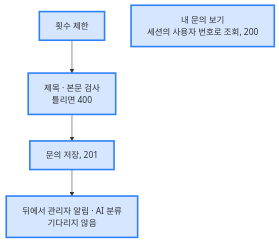
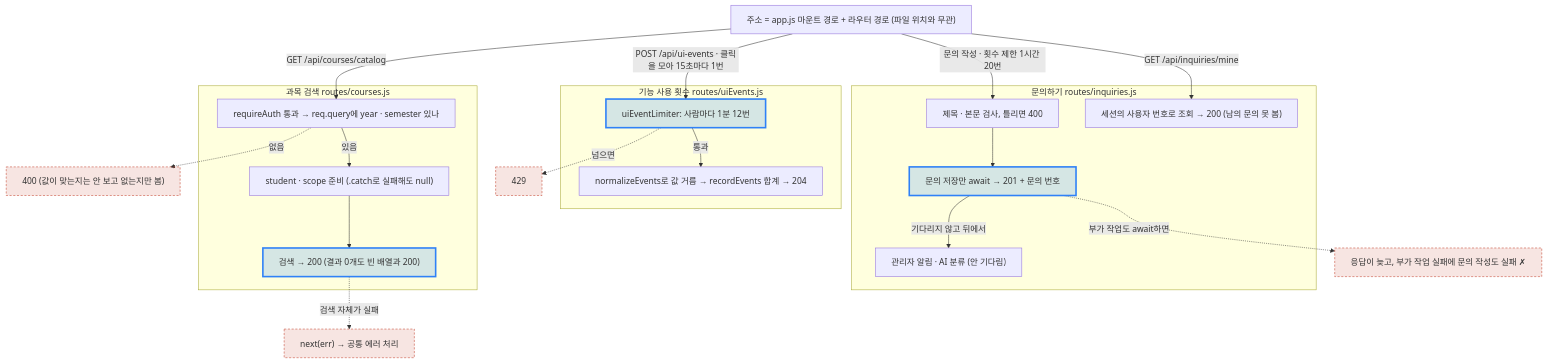
The first of 2 diagrams in 2026/November/11-06.md (ChildrenAon/TIL), drawn with Mermaid before and after one commit. The commit also changed other lines of this file, not shown here.

Commit message:
[ONE Student] 미들웨어 · 요청 제한 [JavaScript] typeof · 비교
고침: 맨 위 그림을 그날 내용이 담긴 그림 한 장으로 바꿈

````diff
--- a/2026/November/11-06.md
+++ b/2026/November/11-06.md
@@ -47,9 +23,37 @@
 ```mermaid
 %%{init: {"flowchart": {"wrappingWidth": 600}, "themeCSS": ".edgeLabel div { display: table-cell !important; width: auto !important; max-width: none !important; white-space: nowrap !important; } .edgeLabel p { padding: 5px 12px !important; margin: 0 !important; background: #55555599; } .edgeLabel, .edgeLabel span, .edgeLabel .labelBkg { background: transparent !important; }"}}%%
 flowchart TD
-  C1["횟수 제한"] --> C2["제목 · 본문 검사<br/>틀리면 400"]
-  C2 --> C3["문의 저장, 201"] --> C4["뒤에서 관리자 알림 · AI 분류<br/>기다리지 않음"]
-  C5["내 문의 보기<br/>세션의 사용자 번호로 조회, 200"]
+  A["주소 = app.js 마운트 경로 + 라우터 경로 (파일 위치와 무관)"]
+  subgraph S1["과목 검색 routes/courses.js"]
+    C1["requireAuth 통과 → req.query에 year · semester 있나"]
+    C2["student · scope 준비 (.catch로 실패해도 null)"]
+    C3["검색 → 200 (결과 0개도 빈 배열과 200)"]
+  end
+  subgraph S2["기능 사용 횟수 routes/uiEvents.js"]
+    U1["uiEventLimiter: 사람마다 1분 12번"]
+    U2["normalizeEvents로 값 거름 → recordEvents 합계 → 204"]
+  end
+  subgraph S3["문의하기 routes/inquiries.js"]
+    Q1["제목 · 본문 검사, 틀리면 400"]
+    Q2["문의 저장만 await → 201 + 문의 번호"]
+    Q3["관리자 알림 · AI 분류 (안 기다림)"]
+    Q4["세션의 사용자 번호로 조회 → 200 (남의 문의 못 봄)"]
+  end
+  A -->|"GET /api/courses/catalog"| C1
+  C1 -.->|"없음"| C4["400 (값이 맞는지는 안 보고 없는지만 봄)"]
+  C1 -->|"있음"| C2
+  C2 --> C3
+  C3 -.->|"검색 자체가 실패"| E["next(err) → 공통 에러 처리"]
+  A -->|"POST /api/ui-events · 클릭을 모아 15초마다 1번"| U1
+  U1 -.->|"넘으면"| U3["429"]
+  U1 -->|"통과"| U2
+  A -->|"문의 작성 · 횟수 제한 1시간 20번"| Q1
+  Q1 --> Q2
+  Q2 -->|"기다리지 않고 뒤에서"| Q3
+  Q2 -.->|"부가 작업도 await하면"| QX["응답이 늦고, 부가 작업 실패에 문의 작성도 실패 ✗"]
+  A -->|"GET /api/inquiries/mine"| Q4
   classDef seen fill:#2f81f733,stroke:#2f81f7,stroke-width:3px
-  class C1,C2,C3,C4,C5 seen
+  classDef bad fill:#c2402a22,stroke:#c2402a,stroke-dasharray:4 3
+  class C3,U1,Q2 seen
+  class C4,E,U3,QX bad
 ```
````
